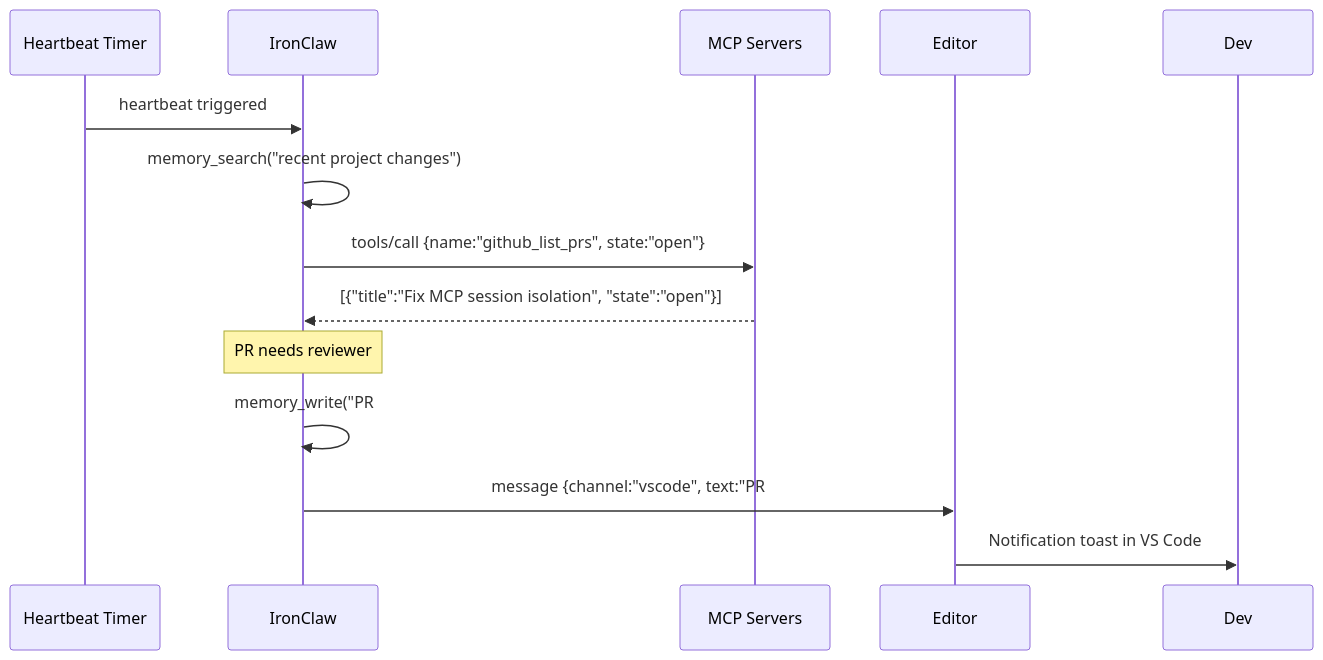
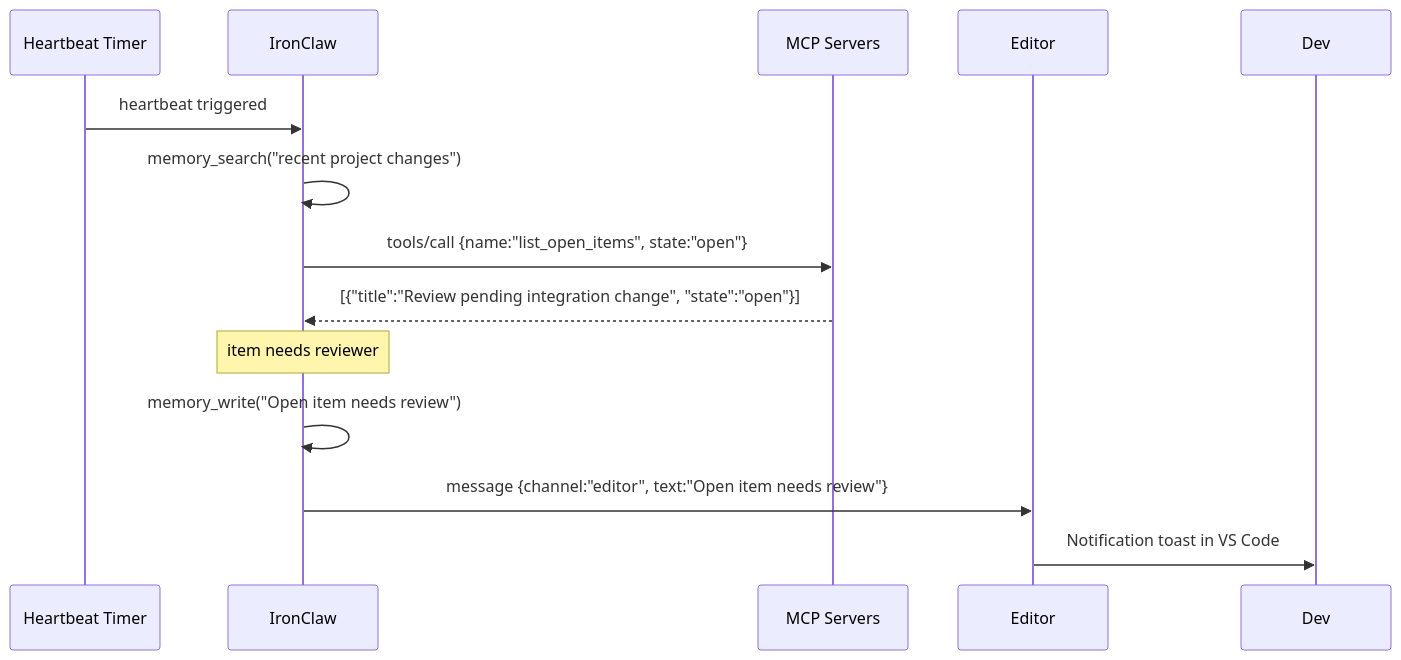
Before and after one commit to wpank/ironclaw: diagram 17 of 18 in tmp/ecosystem/mcp-editor-integration.md, drawn with Mermaid. The commit also changed other lines of this file and 121 other files, not shown here.

````diff
--- a/tmp/ecosystem/mcp-editor-integration.md
+++ b/tmp/ecosystem/mcp-editor-integration.md
@@ -2006,18 +2005,18 @@
 ```mermaid
 sequenceDiagram
     participant HB as Heartbeat Timer
     participant IC as IronClaw
     participant MS as MCP Servers
     participant Ed as Editor
 
     HB->>IC: heartbeat triggered
     IC->>IC: memory_search("recent project changes")
-    IC->>MS: tools/call {name:"github_list_prs", state:"open"}
-    MS-->>IC: [{"title":"Fix MCP session isolation", "state":"open"}]
+    IC->>MS: tools/call {name:"list_open_items", state:"open"}
+    MS-->>IC: [{"title":"Review pending integration change", "state":"open"}]
 
-    Note over IC: PR needs reviewer
-    IC->>IC: memory_write("PR #1234 open: MCP session isolation fix")
+    Note over IC: item needs reviewer
+    IC->>IC: memory_write("Open item needs review")
 
-    IC->>Ed: message {channel:"vscode", text:"PR #1234 needs review"}
+    IC->>Ed: message {channel:"editor", text:"Open item needs review"}
     Ed->>Dev: Notification toast in VS Code
 ```
````
